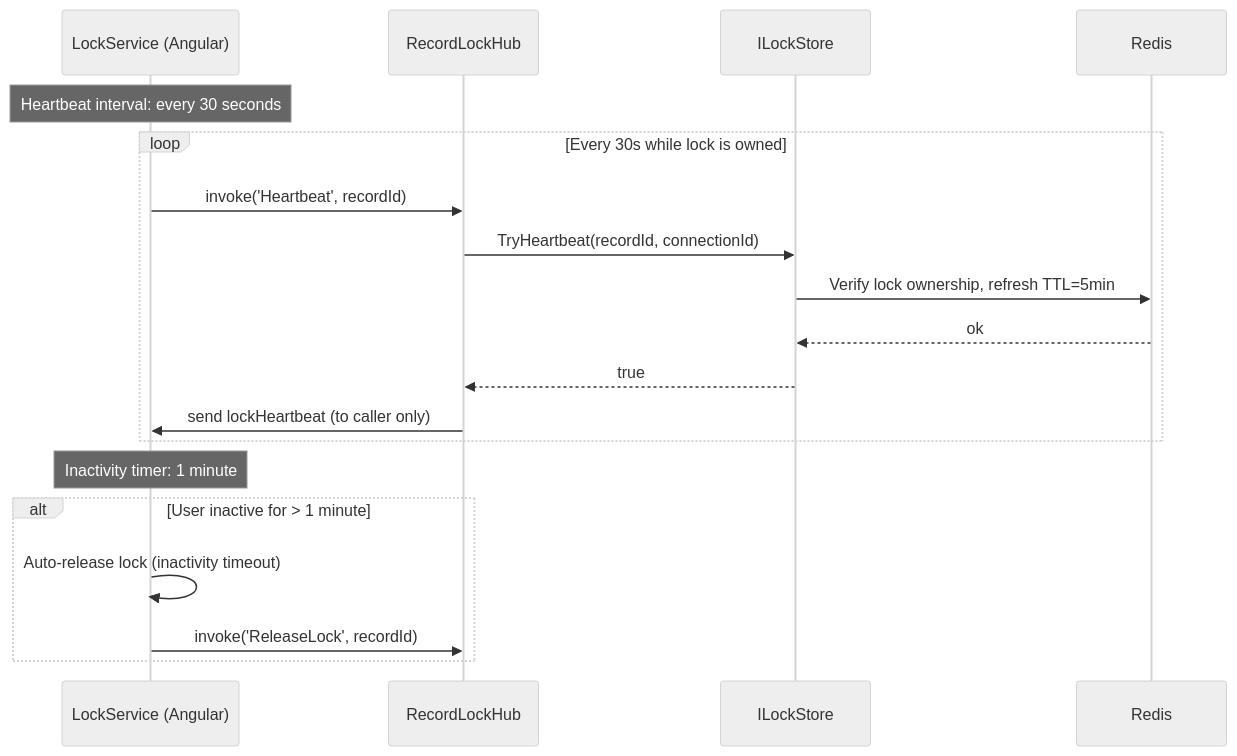
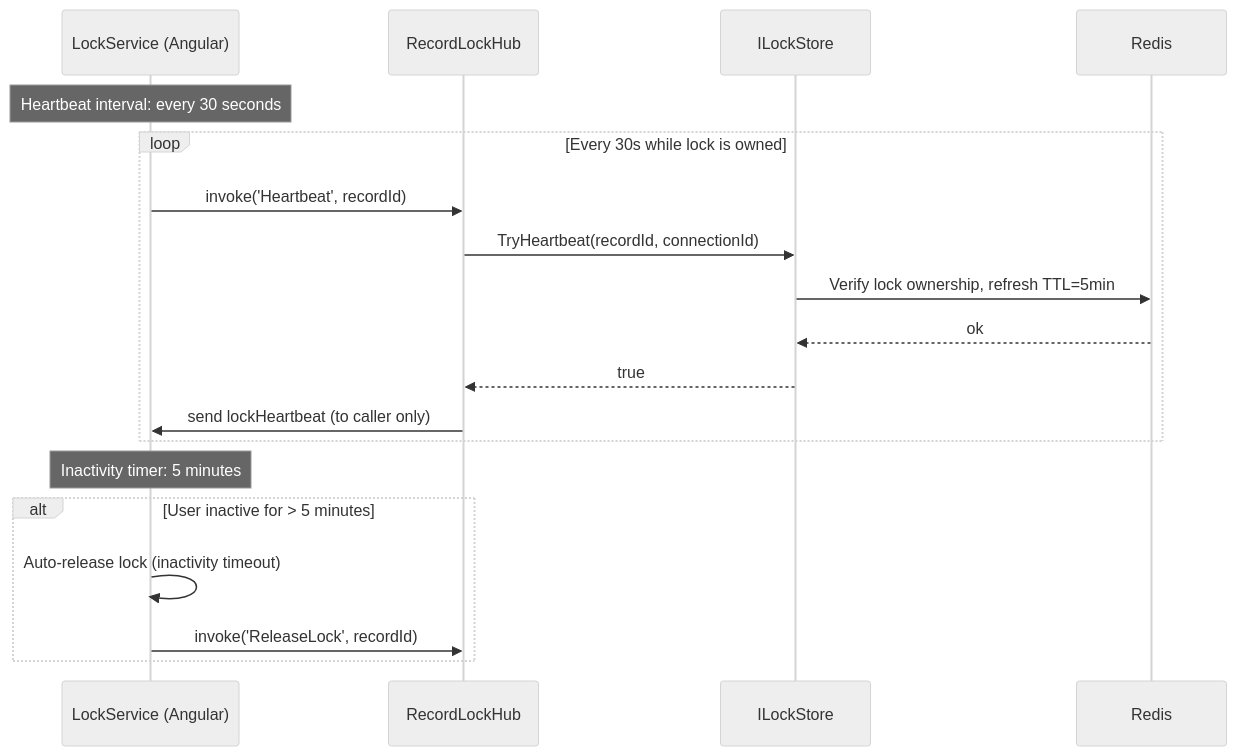
One commit to jasveersingh-tz/signalR changed the seventh of 9 diagrams in docs/ARCHITECTURE.md. Above: the diagram before and after it, drawn with Mermaid (neutral theme). The commit also changed other lines of this file, not shown here.

Commit message:
architecture updated as per latest flow

````diff
--- a/docs/ARCHITECTURE.md
+++ b/docs/ARCHITECTURE.md
@@ -200,23 +212,23 @@
 ```mermaid
 sequenceDiagram
     participant FE as LockService (Angular)
     participant H as RecordLockHub
     participant S as ILockStore
     participant R as Redis
 
     Note over FE: Heartbeat interval: every 30 seconds
     loop Every 30s while lock is owned
         FE->>H: invoke('Heartbeat', recordId)
         H->>S: TryHeartbeat(recordId, connectionId)
         S->>R: Verify lock ownership, refresh TTL=5min
         R-->>S: ok
         S-->>H: true
         H->>FE: send lockHeartbeat (to caller only)
     end
 
-    Note over FE: Inactivity timer: 1 minute
-    alt User inactive for > 1 minute
+    Note over FE: Inactivity timer: 5 minutes
+    alt User inactive for > 5 minutes
         FE->>FE: Auto-release lock (inactivity timeout)
         FE->>H: invoke('ReleaseLock', recordId)
     end
 ```
````
